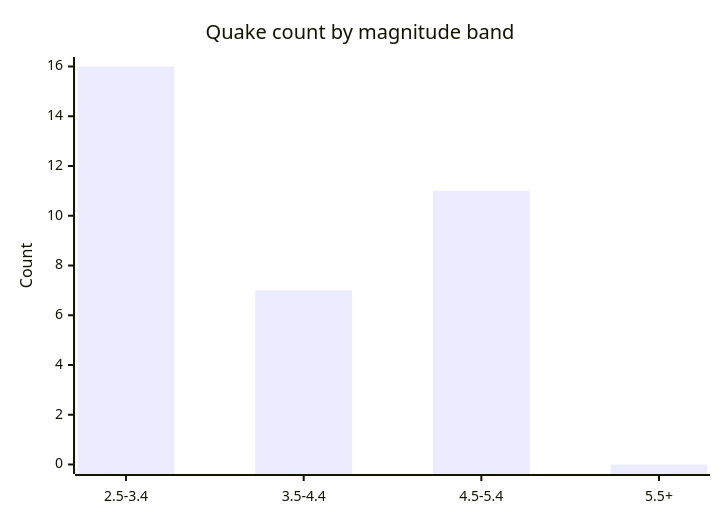
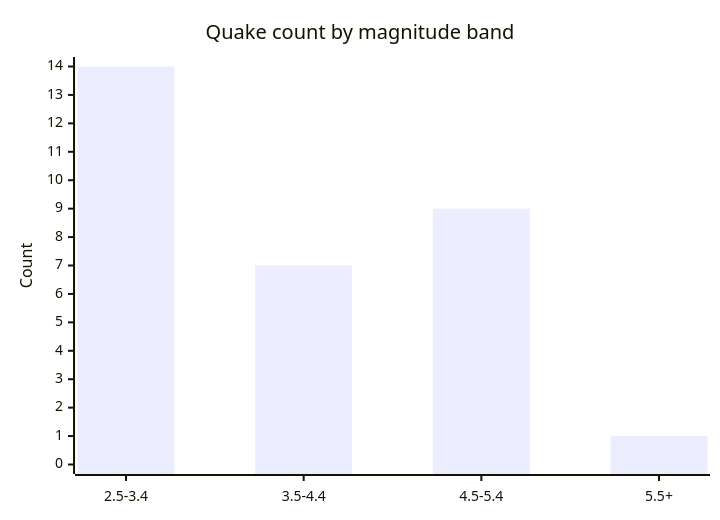
One commit to Midwest-Stratospheric/aerostratospheric-defense-gir changed the fifth of 6 diagrams in docs/GRAPHS.md. Above: the diagram before and after it, drawn with Mermaid. The commit also changed other lines of this file and 25 other files, not shown here.

````diff
--- a/docs/GRAPHS.md
+++ b/docs/GRAPHS.md
@@ -82,7 +82,7 @@
 ```mermaid
 xychart-beta
   title "Quake count by magnitude band"
   x-axis ["2.5-3.4", "3.5-4.4", "4.5-5.4", "5.5+"]
-  y-axis "Count" 0 --> 16
-  bar [16, 7, 11, 0]
+  y-axis "Count" 0 --> 14
+  bar [14, 7, 9, 1]
 ```
````
